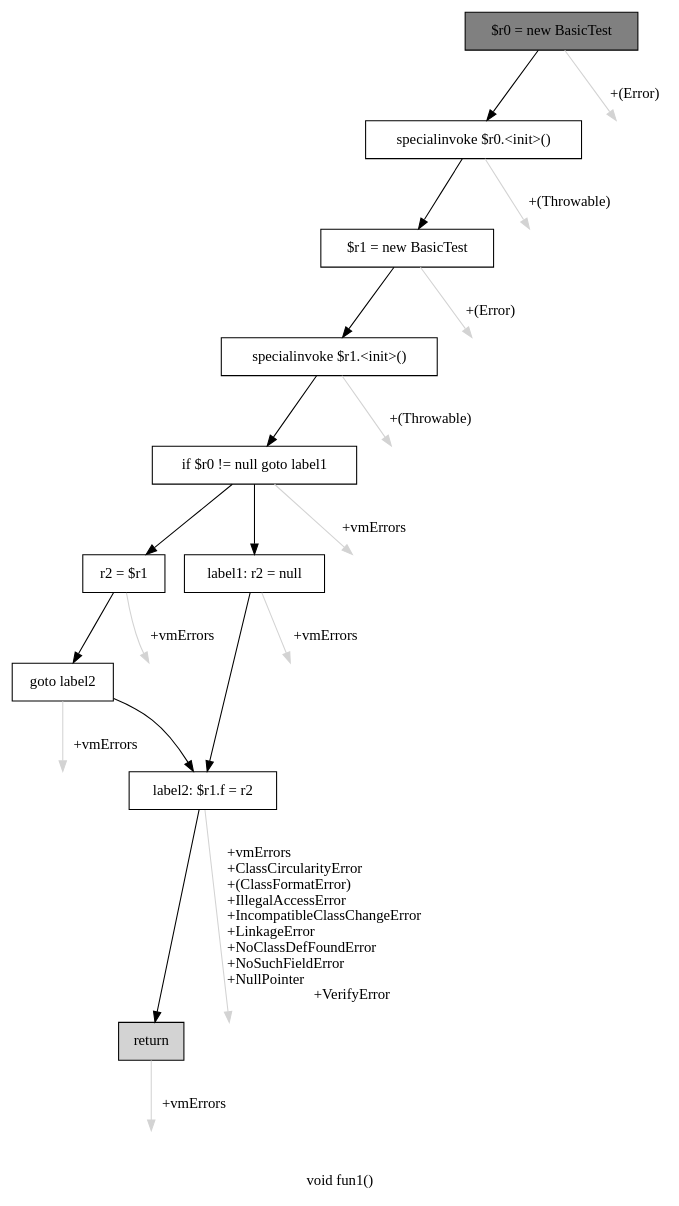
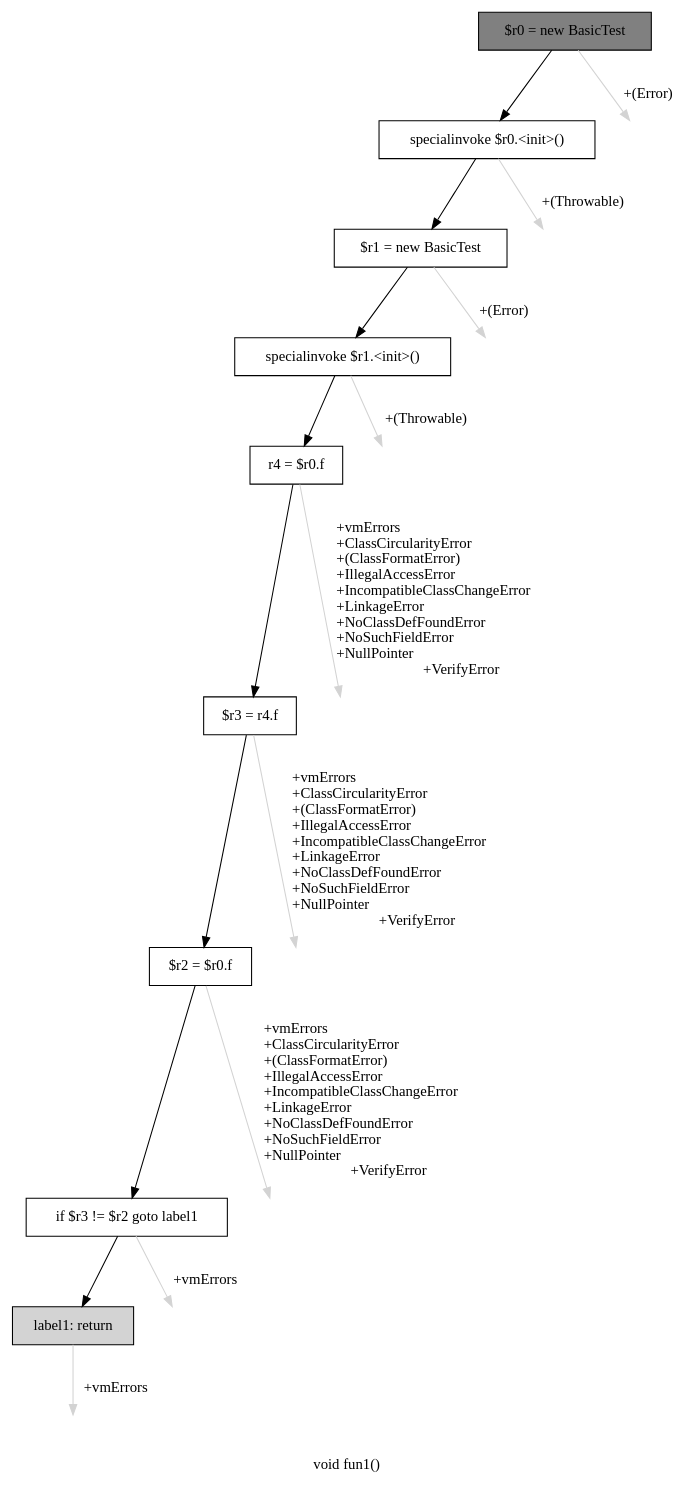
The diagram in cfg.dot (gourishankerJK/DeReference-Pointer-Analysis), drawn with Graphviz before and after one commit. The commit also changed 3 other files, not shown here.

```diff
--- a/cfg.dot
+++ b/cfg.dot
@@ -1,44 +1,39 @@
 digraph "void fun1()" {
     label="void fun1()";
     node [shape=box];
     "0" [style=filled,fillcolor=gray,label="$r0 = new BasicTest",];
     "1" [label="specialinvoke $r0.<init>()",];
     "0"->"1" [color=black,];
-    "10" [style=invis,label="Esc",];
-    "0"->"10" [color=lightgray,label="\l+(Error)",];
+    "9" [style=invis,label="Esc",];
+    "0"->"9" [color=lightgray,label="\l+(Error)",];
     "2" [label="$r1 = new BasicTest",];
     "1"->"2" [color=black,];
-    "11" [style=invis,label="Esc",];
-    "1"->"11" [color=lightgray,label="\l+(Throwable)",];
+    "10" [style=invis,label="Esc",];
+    "1"->"10" [color=lightgray,label="\l+(Throwable)",];
     "3" [label="specialinvoke $r1.<init>()",];
     "2"->"3" [color=black,];
+    "11" [style=invis,label="Esc",];
+    "2"->"11" [color=lightgray,label="\l+(Error)",];
+    "4" [label="r4 = $r0.f",];
+    "3"->"4" [color=black,];
     "12" [style=invis,label="Esc",];
-    "2"->"12" [color=lightgray,label="\l+(Error)",];
-    "4" [label="if $r0 != null goto label1",];
-    "3"->"4" [color=black,];
+    "3"->"12" [color=lightgray,label="\l+(Throwable)",];
+    "5" [label="$r3 = r4.f",];
+    "4"->"5" [color=black,];
     "13" [style=invis,label="Esc",];
-    "3"->"13" [color=lightgray,label="\l+(Throwable)",];
-    "5" [label="r2 = $r1",];
-    "4"->"5" [color=black,];
-    "7" [label="label1: r2 = null",];
-    "4"->"7" [color=black,];
+    "4"->"13" [color=lightgray,label="\l+vmErrors\l+ClassCircularityError\l+(ClassFormatError)\l+IllegalAccessError\l+IncompatibleClassChangeError\l+LinkageError\l+NoClassDefFoundError\l+NoSuchFieldError\l+NullPointer\l+VerifyError",];
+    "6" [label="$r2 = $r0.f",];
+    "5"->"6" [color=black,];
     "14" [style=invis,label="Esc",];
-    "4"->"14" [color=lightgray,label="\l+vmErrors",];
-    "6" [label="goto label2",];
-    "5"->"6" [color=black,];
+    "5"->"14" [color=lightgray,label="\l+vmErrors\l+ClassCircularityError\l+(ClassFormatError)\l+IllegalAccessError\l+IncompatibleClassChangeError\l+LinkageError\l+NoClassDefFoundError\l+NoSuchFieldError\l+NullPointer\l+VerifyError",];
+    "7" [label="if $r3 != $r2 goto label1",];
+    "6"->"7" [color=black,];
     "15" [style=invis,label="Esc",];
-    "5"->"15" [color=lightgray,label="\l+vmErrors",];
-    "8" [label="label2: $r1.f = r2",];
-    "6"->"8" [color=black,];
+    "6"->"15" [color=lightgray,label="\l+vmErrors\l+ClassCircularityError\l+(ClassFormatError)\l+IllegalAccessError\l+IncompatibleClassChangeError\l+LinkageError\l+NoClassDefFoundError\l+NoSuchFieldError\l+NullPointer\l+VerifyError",];
+    "8" [style=filled,fillcolor=lightgray,label="label1: return",];
+    "7"->"8" [color=black,];
     "16" [style=invis,label="Esc",];
-    "6"->"16" [color=lightgray,label="\l+vmErrors",];
-    "7"->"8" [color=black,];
+    "7"->"16" [color=lightgray,label="\l+vmErrors",];
     "17" [style=invis,label="Esc",];
-    "7"->"17" [color=lightgray,label="\l+vmErrors",];
-    "9" [style=filled,fillcolor=lightgray,label="return",];
-    "8"->"9" [color=black,];
-    "18" [style=invis,label="Esc",];
-    "8"->"18" [color=lightgray,label="\l+vmErrors\l+ClassCircularityError\l+(ClassFormatError)\l+IllegalAccessError\l+IncompatibleClassChangeError\l+LinkageError\l+NoClassDefFoundError\l+NoSuchFieldError\l+NullPointer\l+VerifyError",];
-    "19" [style=invis,label="Esc",];
-    "9"->"19" [color=lightgray,label="\l+vmErrors",];
+    "8"->"17" [color=lightgray,label="\l+vmErrors",];
 }
```
